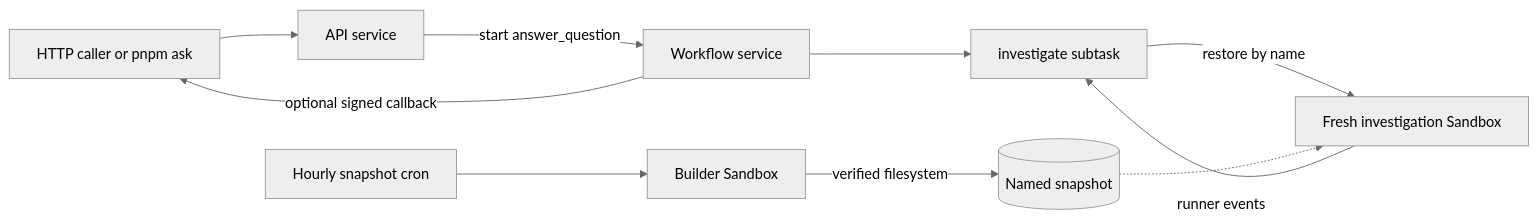
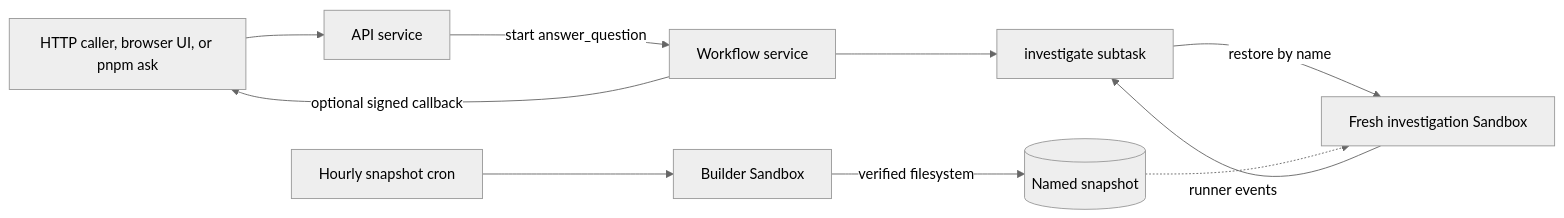
Before and after one commit to render-examples/codebase-researcher: the diagram in docs/2_ARCHITECTURE.md, drawn with Mermaid (neutral theme). The commit also changed other lines of this file and 22 other files, not shown here.

````diff
--- a/docs/2_ARCHITECTURE.md
+++ b/docs/2_ARCHITECTURE.md
@@ -22,13 +23,13 @@
 ```mermaid
 flowchart LR
-  caller[HTTP caller or pnpm ask] --> api[API service]
+  caller[HTTP caller, browser UI, or pnpm ask] --> api[API service]
   api -->|start answer_question| workflow[Workflow service]
   workflow --> investigate[investigate subtask]
   investigate -->|restore by name| sandbox[Fresh investigation Sandbox]
   sandbox -->|runner events| investigate
   workflow -->|optional signed callback| caller
 
   cron[Hourly snapshot cron] --> builder[Builder Sandbox]
   builder -->|verified filesystem| snapshot[(Named snapshot)]
   snapshot -.-> sandbox
 ```
````
